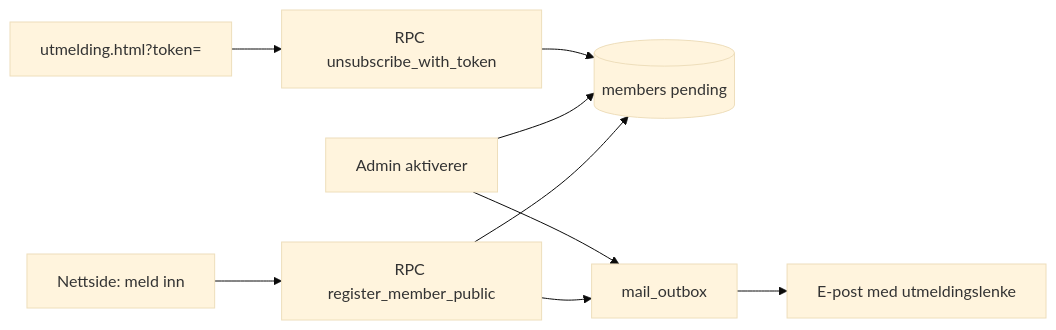
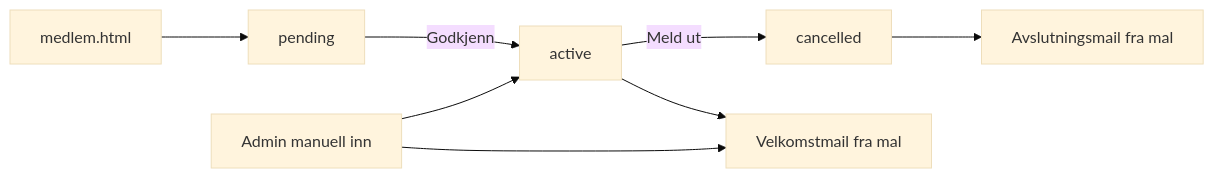
Before and after one commit to pappgit/ccfc: the diagram in docs/medlemshandtering/PLAN.md, drawn with Mermaid (base theme). The commit also changed other lines of this file and 10 other files, not shown here.

First line of the commit message:
Simplify membership: pending approval, HTML mail templates

````diff
--- a/docs/medlemshandtering/PLAN.md
+++ b/docs/medlemshandtering/PLAN.md
@@ -24,11 +18,10 @@
 ```mermaid
 flowchart LR
-  A[Nettside: meld inn] --> B[RPC register_member_public]
-  B --> C[(members pending)]
-  B --> D[mail_outbox]
-  E[Admin aktiverer] --> C
-  E --> D
-  D --> F[E-post med utmeldingslenke]
-  G[utmelding.html?token=] --> H[RPC unsubscribe_with_token]
-  H --> C
+  A[medlem.html] --> B[pending]
+  B -->|Godkjenn| C[active]
+  D[Admin manuell inn] --> C
+  C -->|Meld ut| E[cancelled]
+  C --> F[Velkomstmail fra mal]
+  D --> F
+  E --> G[Avslutningsmail fra mal]
 ```
````
